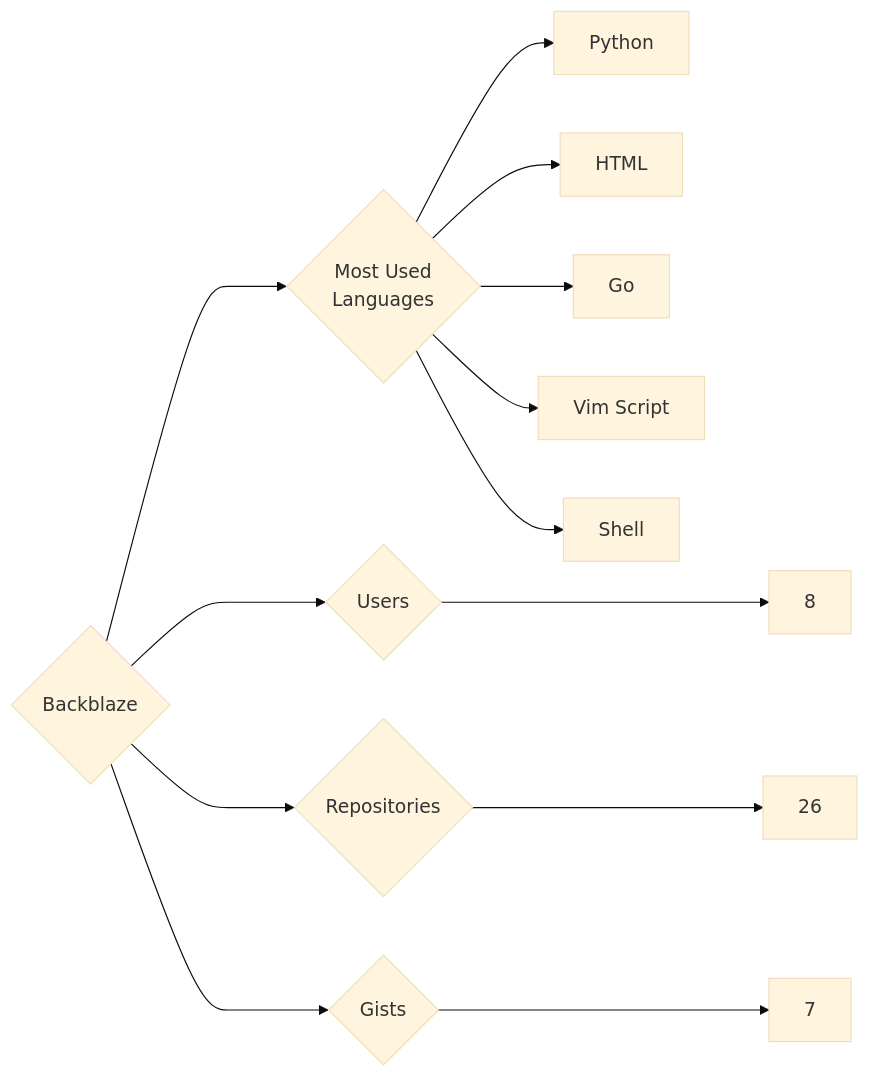
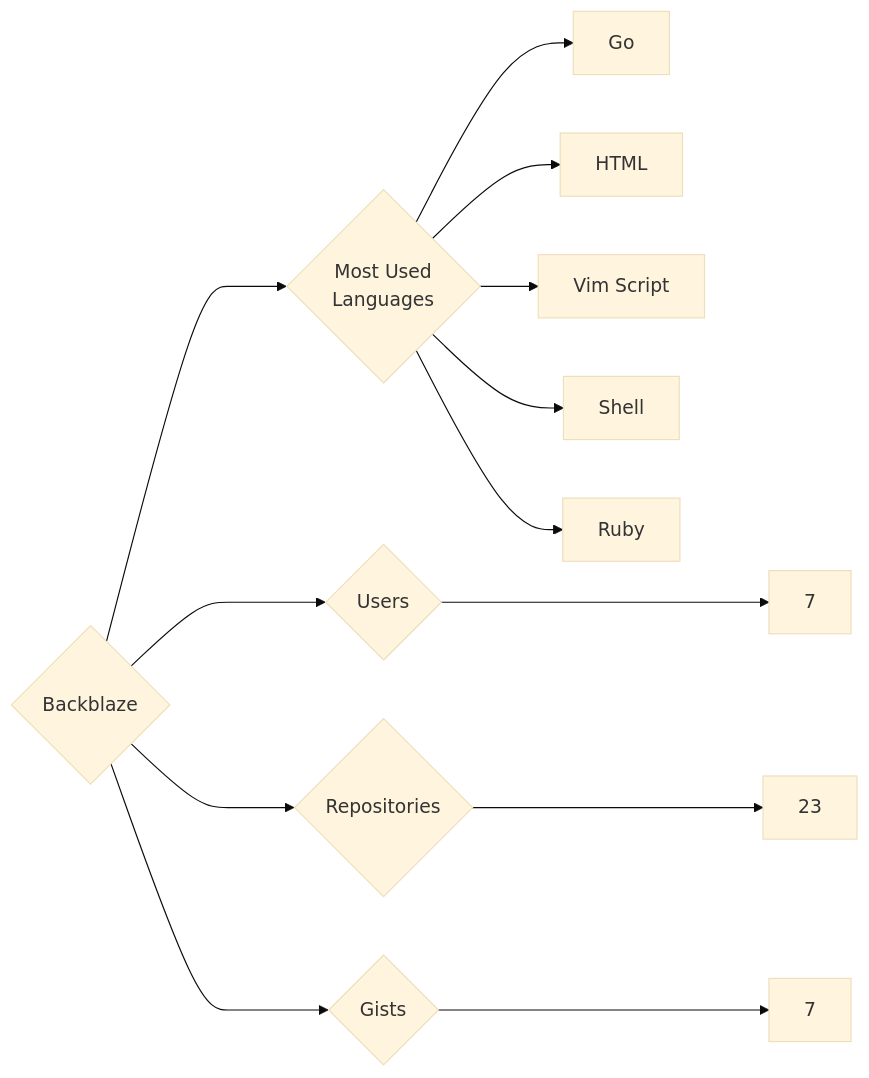
Before and after one commit to trickest/insiders: the diagram in targets/Backblaze/README.md, drawn with Mermaid (base theme). The commit also changed 1055 other files, not shown here.

````diff
--- a/targets/Backblaze/README.md
+++ b/targets/Backblaze/README.md
@@ -3,13 +3,13 @@
 ```mermaid
 graph LR
 COMPANY_NAME{Backblaze}
-COMPANY_NAME ---> U{Users} ---> UN[8]
-COMPANY_NAME ---> R{Repositories} ---> RN[26]
+COMPANY_NAME ---> U{Users} ---> UN[7]
+COMPANY_NAME ---> R{Repositories} ---> RN[23]
 COMPANY_NAME ---> G{Gists} ---> GN[7]
 COMPANY_NAME ---> ML{Most Used<br>Languages}
-ML --> Python[Python]
+ML --> Go[Go]
 ML --> HTML[HTML]
-ML --> Go[Go]
 ML --> Vim_Script[Vim Script]
 ML --> Shell[Shell]
+ML --> Ruby[Ruby]
 ```
````
